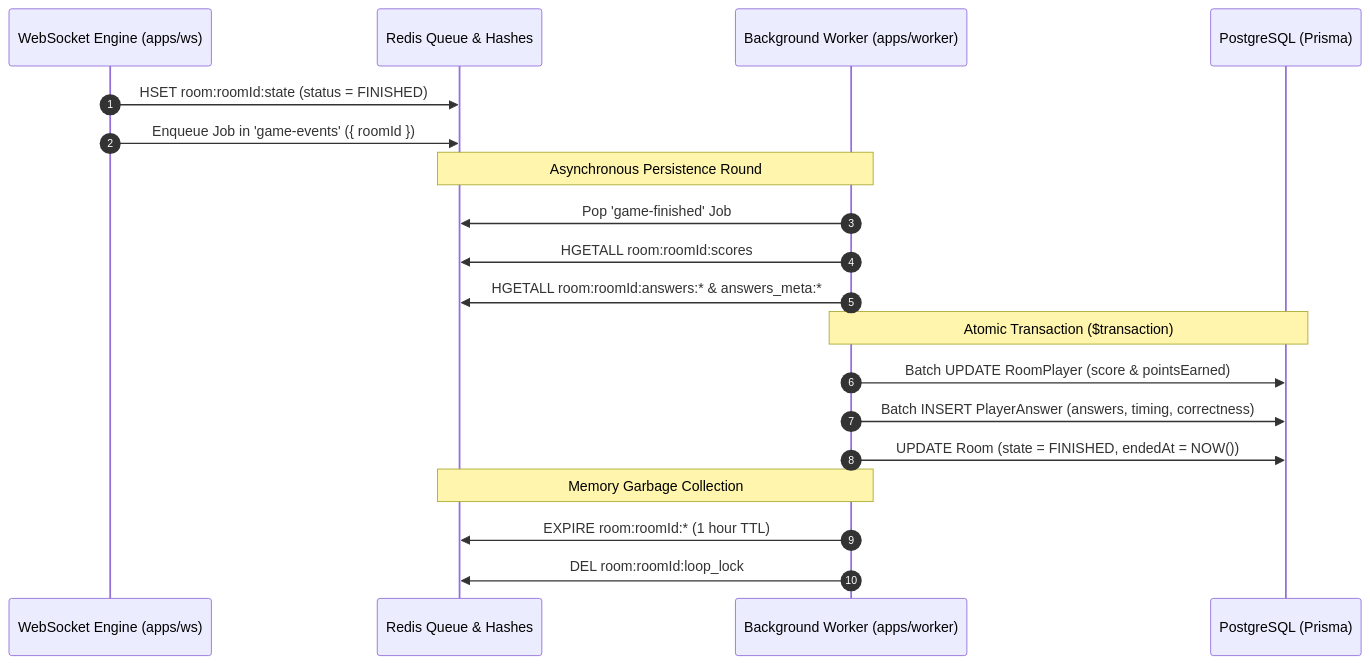
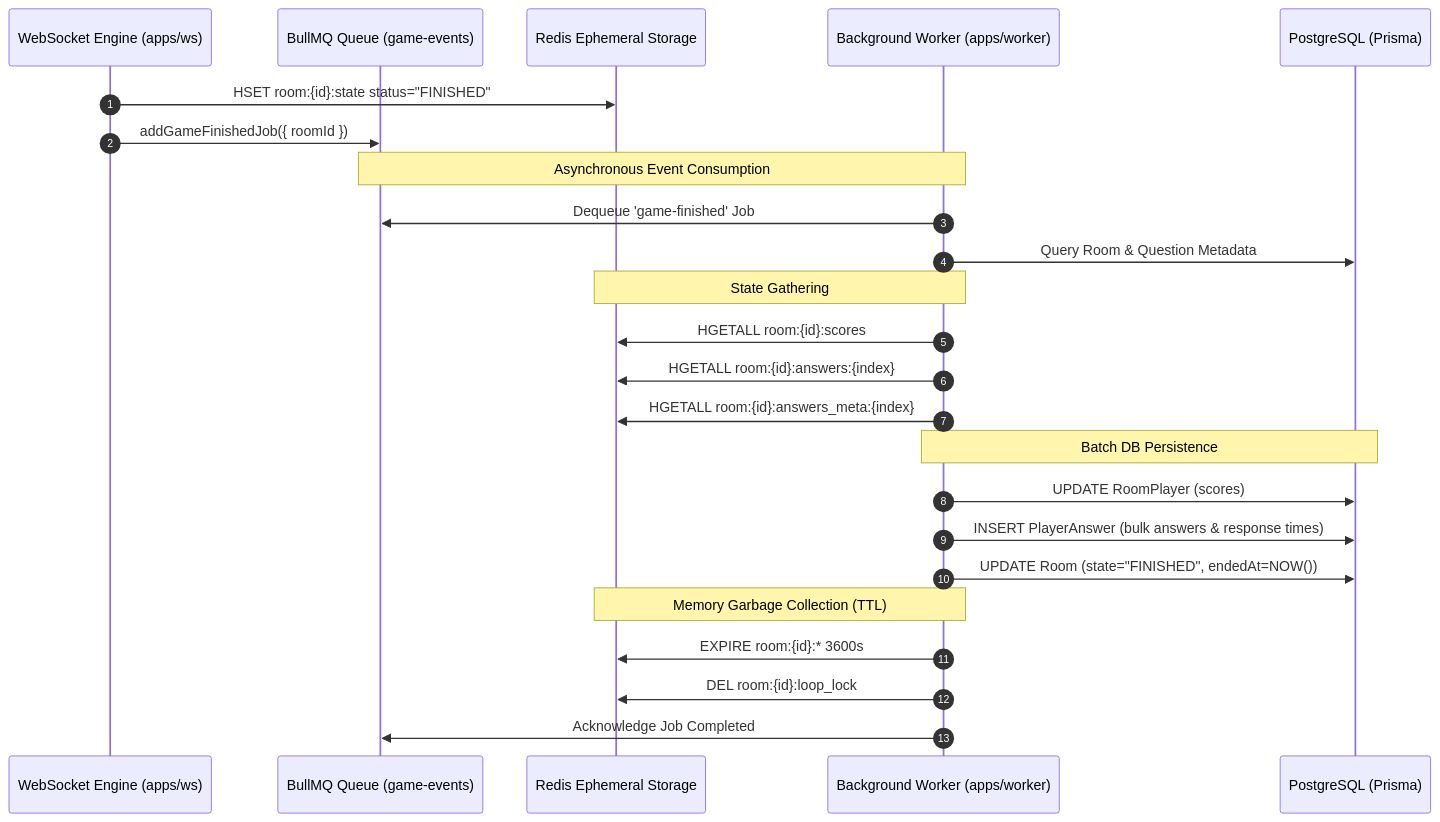
One commit to MrSanito/quizMasterTurbo changed the first of 2 diagrams in apps/worker/README.md. Above: the diagram before and after it, drawn with Mermaid. The commit also changed other lines of this file, not shown here.

Commit message:
docs(worker): improve worker service architecture and operational documentation

````diff
--- a/apps/worker/README.md
+++ b/apps/worker/README.md
@@ -11,25 +42,31 @@
 ```mermaid
 sequenceDiagram
     autonumber
     participant WS as WebSocket Engine (apps/ws)
-    participant Redis as Redis Queue & Hashes
+    participant RedisQueue as BullMQ Queue (game-events)
+    participant RedisState as Redis Ephemeral Storage
     participant Worker as Background Worker (apps/worker)
     participant DB as PostgreSQL (Prisma)
 
-    WS->>Redis: HSET room:roomId:state (status = FINISHED)
-    WS->>Redis: Enqueue Job in 'game-events' ({ roomId })
+    WS->>RedisState: HSET room:{id}:state status="FINISHED"
+    WS->>RedisQueue: addGameFinishedJob({ roomId })
     
-    Note over Worker,Redis: Asynchronous Persistence Round
-    Worker->>Redis: Pop 'game-finished' Job
-    Worker->>Redis: HGETALL room:roomId:scores
-    Worker->>Redis: HGETALL room:roomId:answers:* & answers_meta:*
+    Note over Worker,RedisQueue: Asynchronous Event Consumption
+    Worker->>RedisQueue: Dequeue 'game-finished' Job
+    Worker->>DB: Query Room & Question Metadata
     
-    Note over Worker,DB: Atomic Transaction ($transaction)
-    Worker->>DB: Batch UPDATE RoomPlayer (score & pointsEarned)
-    Worker->>DB: Batch INSERT PlayerAnswer (answers, timing, correctness)
-    Worker->>DB: UPDATE Room (state = FINISHED, endedAt = NOW())
+    Note over Worker,RedisState: State Gathering
+    Worker->>RedisState: HGETALL room:{id}:scores
+    Worker->>RedisState: HGETALL room:{id}:answers:{index}
+    Worker->>RedisState: HGETALL room:{id}:answers_meta:{index}
     
-    Note over Worker,Redis: Memory Garbage Collection
-    Worker->>Redis: EXPIRE room:roomId:* (1 hour TTL)
-    Worker->>Redis: DEL room:roomId:loop_lock
+    Note over Worker,DB: Batch DB Persistence
+    Worker->>DB: UPDATE RoomPlayer (scores)
+    Worker->>DB: INSERT PlayerAnswer (bulk answers & response times)
+    Worker->>DB: UPDATE Room (state="FINISHED", endedAt=NOW())
+    
+    Note over Worker,RedisState: Memory Garbage Collection (TTL)
+    Worker->>RedisState: EXPIRE room:{id}:* 3600s
+    Worker->>RedisState: DEL room:{id}:loop_lock
+    Worker->>RedisQueue: Acknowledge Job Completed
 ```
````
